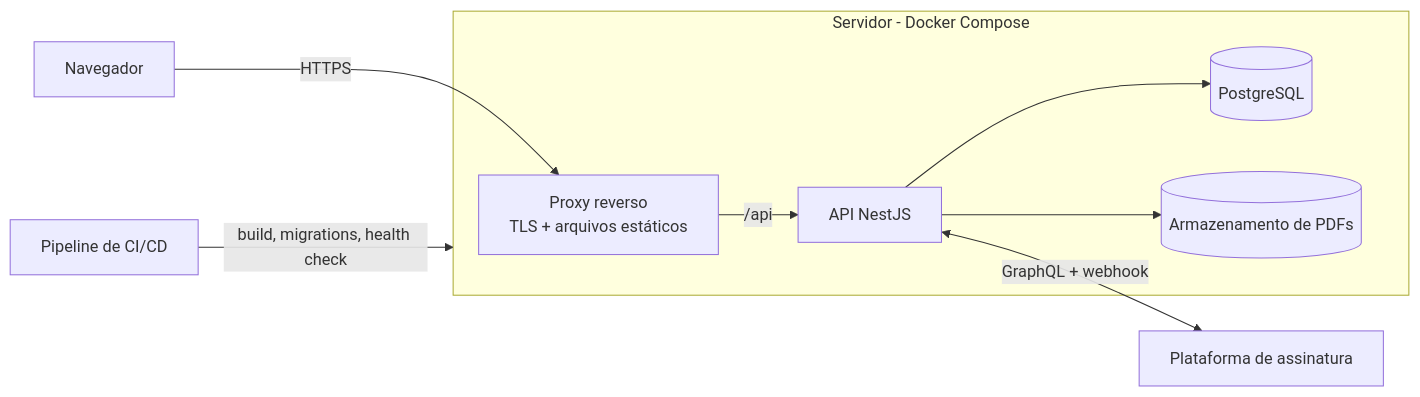
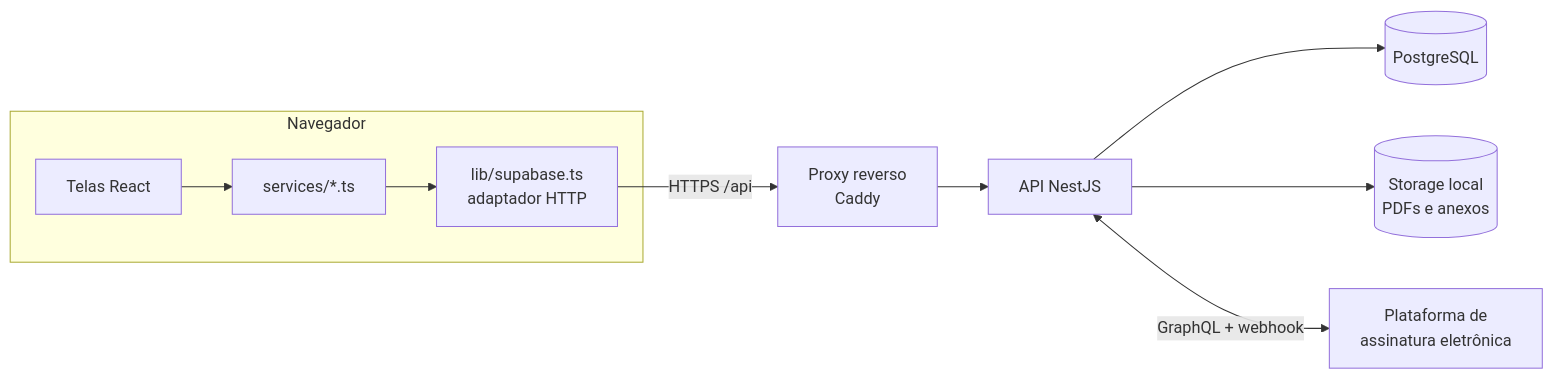
One commit to Iyarumas/sci-nvt changed the diagram in README.md. Above: the diagram before and after it, drawn with Mermaid. The commit also changed other lines of this file and 2 other files, not shown here.

````diff
--- a/README.md
+++ b/README.md
@@ -126,15 +200,12 @@
 ```mermaid
 flowchart LR
-    U[Navegador] -->|HTTPS| C[Proxy reverso<br/>TLS + arquivos estáticos]
-    C -->|/api| N[API NestJS]
-    N --> DB[(PostgreSQL)]
-    N --> S[(Armazenamento de PDFs)]
-    N <-->|GraphQL + webhook| P[Plataforma de assinatura]
-    CI[Pipeline de CI/CD] -->|build, migrations, health check| VM
-    subgraph VM[Servidor - Docker Compose]
-        C
-        N
-        DB
-        S
+    subgraph Navegador
+        UI[Telas React] --> SV[services/*.ts]
+        SV --> AD[lib/supabase.ts<br/>adaptador HTTP]
     end
+    AD -->|HTTPS /api| PX[Proxy reverso<br/>Caddy]
+    PX --> API[API NestJS]
+    API --> DB[(PostgreSQL)]
+    API --> ST[(Storage local<br/>PDFs e anexos)]
+    API <-->|GraphQL + webhook| AS[Plataforma de<br/>assinatura eletrônica]
 ```
````
